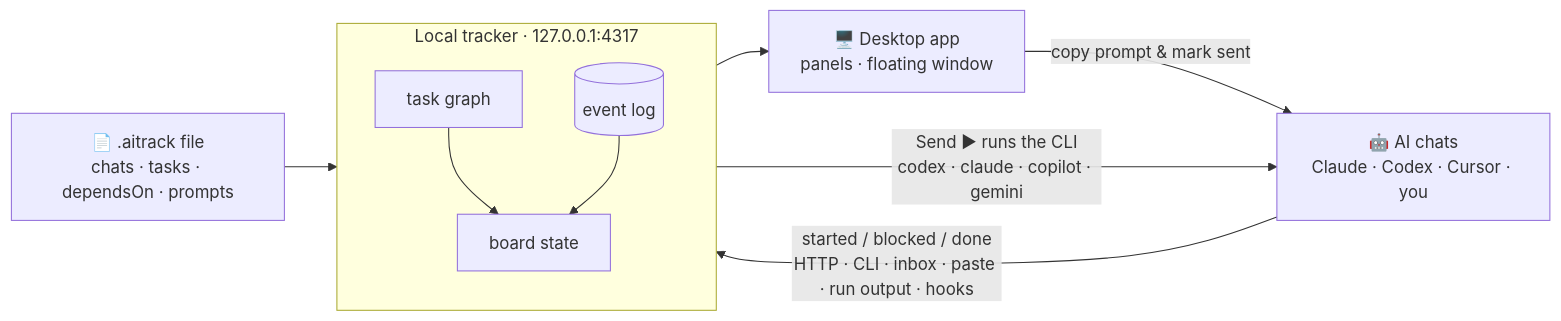
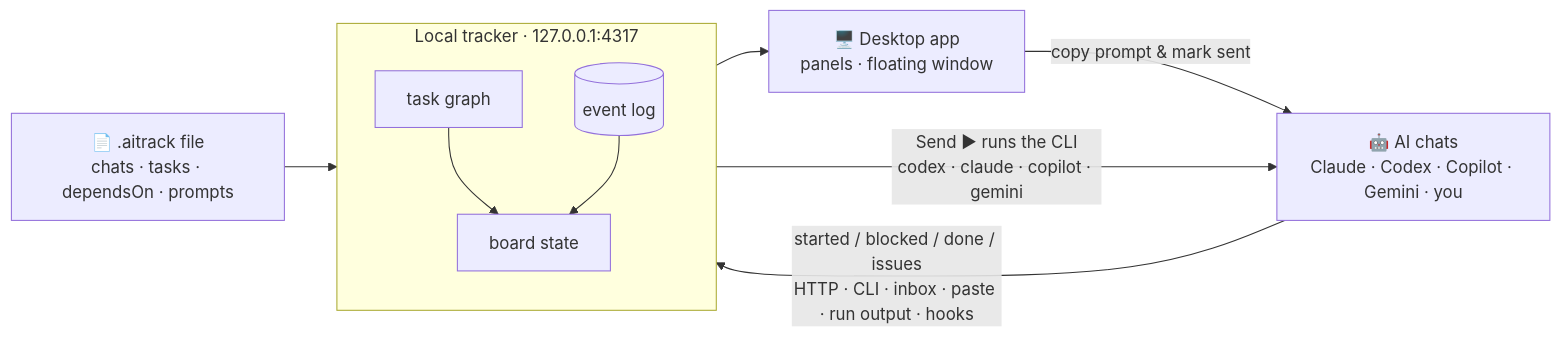
One commit to mitradeniz/ai-tracking-system changed the second of 3 diagrams in README.md. Above: the diagram before and after it, drawn with Mermaid. The commit also changed other lines of this file and 24 other files, not shown here.

````diff
--- a/README.md
+++ b/README.md
@@ -229,13 +314,13 @@
 ```mermaid
 flowchart LR
     F["📄 .aitrack file<br/>chats · tasks · dependsOn · prompts"] --> T
     subgraph T["Local tracker · 127.0.0.1:4317"]
       direction TB
       G[task graph] --> B[board state]
       L[(event log)] --> B
     end
     T --> UI["🖥️ Desktop app<br/>panels · floating window"]
-    UI -- "copy prompt & mark sent" --> C["🤖 AI chats<br/>Claude · Codex · Cursor · you"]
+    UI -- "copy prompt & mark sent" --> C["🤖 AI chats<br/>Claude · Codex · Copilot · Gemini · you"]
     T -- "Send ▶ runs the CLI<br/>codex · claude · copilot · gemini" --> C
-    C -- "started / blocked / done<br/>HTTP · CLI · inbox · paste · run output · hooks" --> L
+    C -- "started / blocked / done / issues<br/>HTTP · CLI · inbox · paste · run output · hooks" --> L
 ```
````
